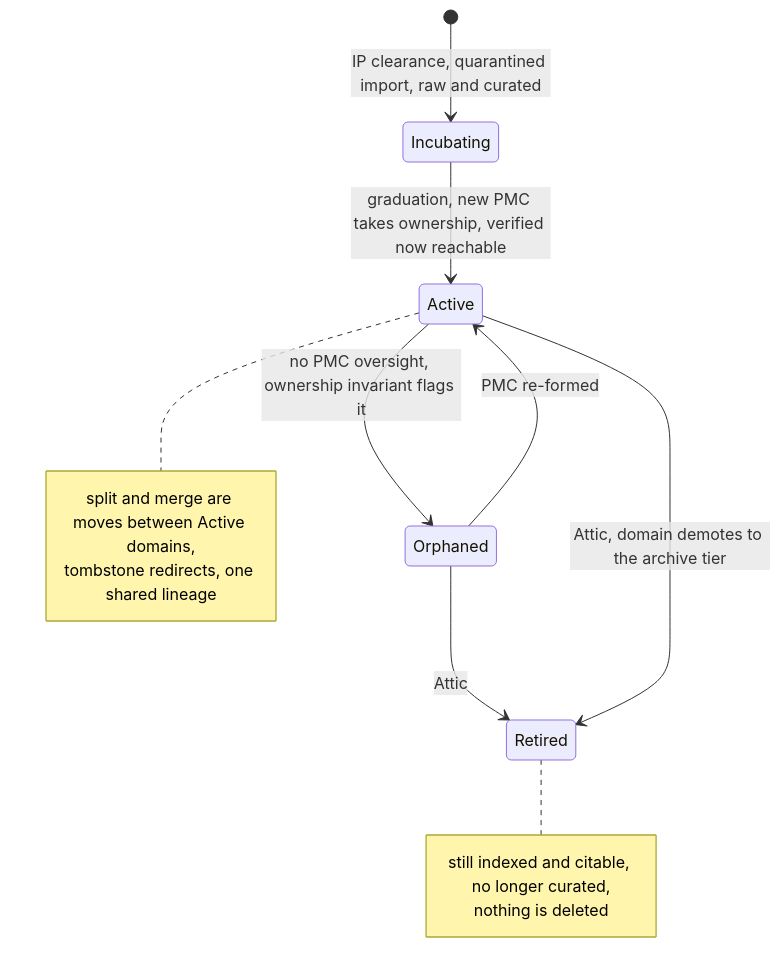
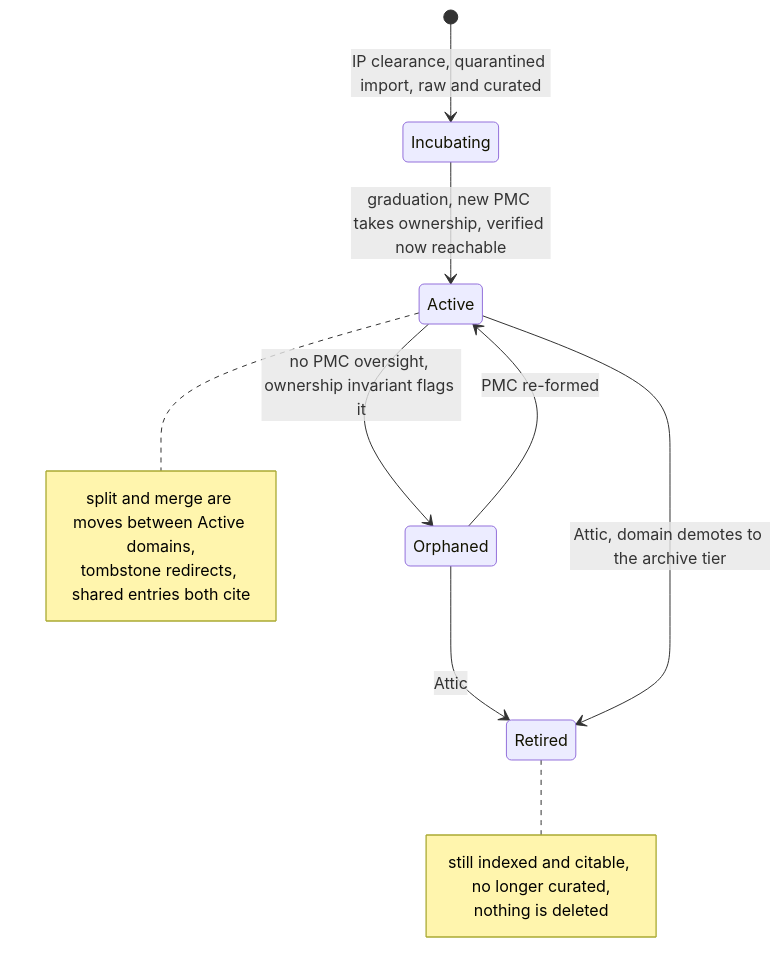
One commit to apache/tooling-memory changed the first of 2 diagrams in docs/seeding-a-foundation.md. Above: the diagram before and after it, drawn with Mermaid. The commit also changed other lines of this file and 1 other file, not shown here.

````diff
--- a/docs/seeding-a-foundation.md
+++ b/docs/seeding-a-foundation.md
@@ -41,17 +47,17 @@
 ```mermaid
 stateDiagram-v2
     [*] --> Incubating: IP clearance, quarantined import, raw and curated
     Incubating --> Active: graduation, new PMC takes ownership, verified now reachable
     Active --> Orphaned: no PMC oversight, ownership invariant flags it
     Orphaned --> Active: PMC re-formed
     Orphaned --> Retired: Attic
     Active --> Retired: Attic, domain demotes to the archive tier
     note right of Active
         split and merge are moves between Active domains,
-        tombstone redirects, one shared lineage
+        tombstone redirects, shared entries both cite
     end note
     note right of Retired
         still indexed and citable, no longer curated,
         nothing is deleted
     end note
 ```
````
